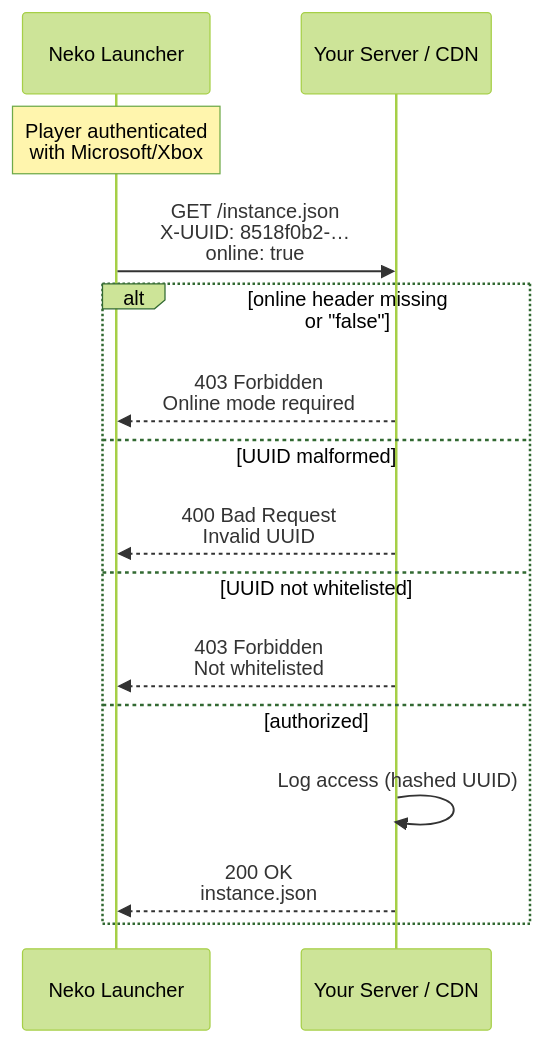
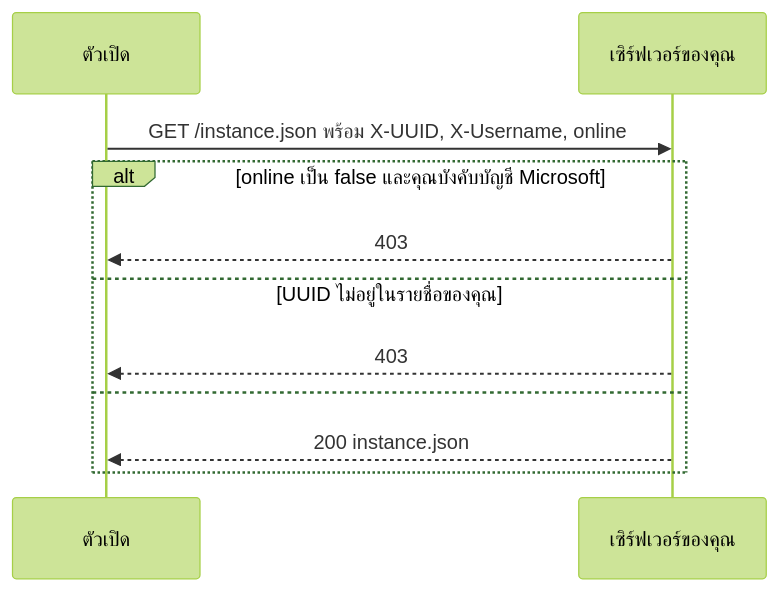
Before and after one commit to alice-magic/wiki: the diagram in th/neko-launcher/http-headers.md, drawn with Mermaid (forest theme). The commit also changed other lines of this file and 43 other files, not shown here.

````diff
--- a/th/neko-launcher/http-headers.md
+++ b/th/neko-launcher/http-headers.md
@@ -27,19 +23,13 @@
 ```mermaid
 sequenceDiagram
-    participant L as Neko Launcher
-    participant S as Your Server / CDN
-
-    Note over L: Player authenticated<br/>with Microsoft/Xbox
-    L->>S: GET /instance.json<br/>X-UUID: 8518f0b2-…<br/>online: true
-
-    alt online header missing or "false"
-        S-->>L: 403 Forbidden<br/>Online mode required
-    else UUID malformed
-        S-->>L: 400 Bad Request<br/>Invalid UUID
-    else UUID not whitelisted
-        S-->>L: 403 Forbidden<br/>Not whitelisted
-    else authorized
-        S->>S: Log access (hashed UUID)
-        S-->>L: 200 OK<br/>instance.json
+    participant L as ตัวเปิด
+    participant S as เซิร์ฟเวอร์ของคุณ
+    L->>S: GET /instance.json พร้อม X-UUID, X-Username, online
+    alt online เป็น false และคุณบังคับบัญชี Microsoft
+        S-->>L: 403
+    else UUID ไม่อยู่ในรายชื่อของคุณ
+        S-->>L: 403
+    else
+        S-->>L: 200 instance.json
     end
 ```
````
